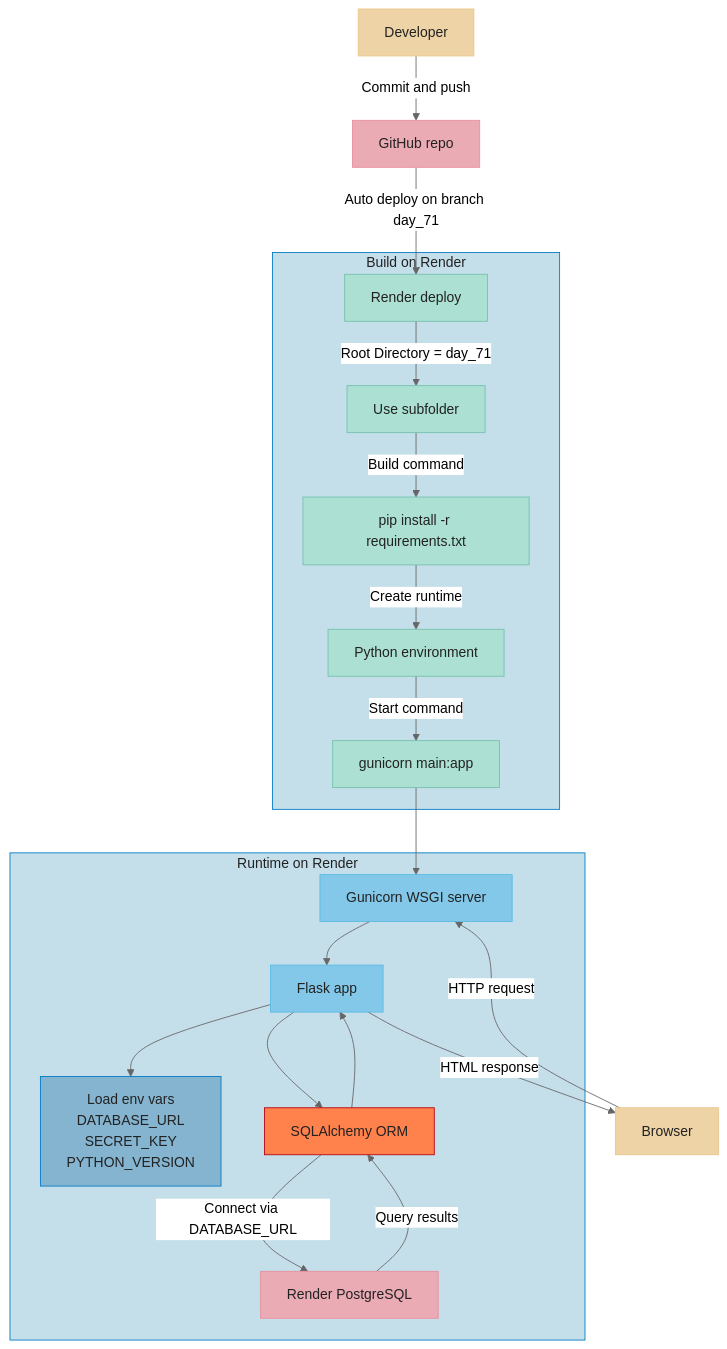
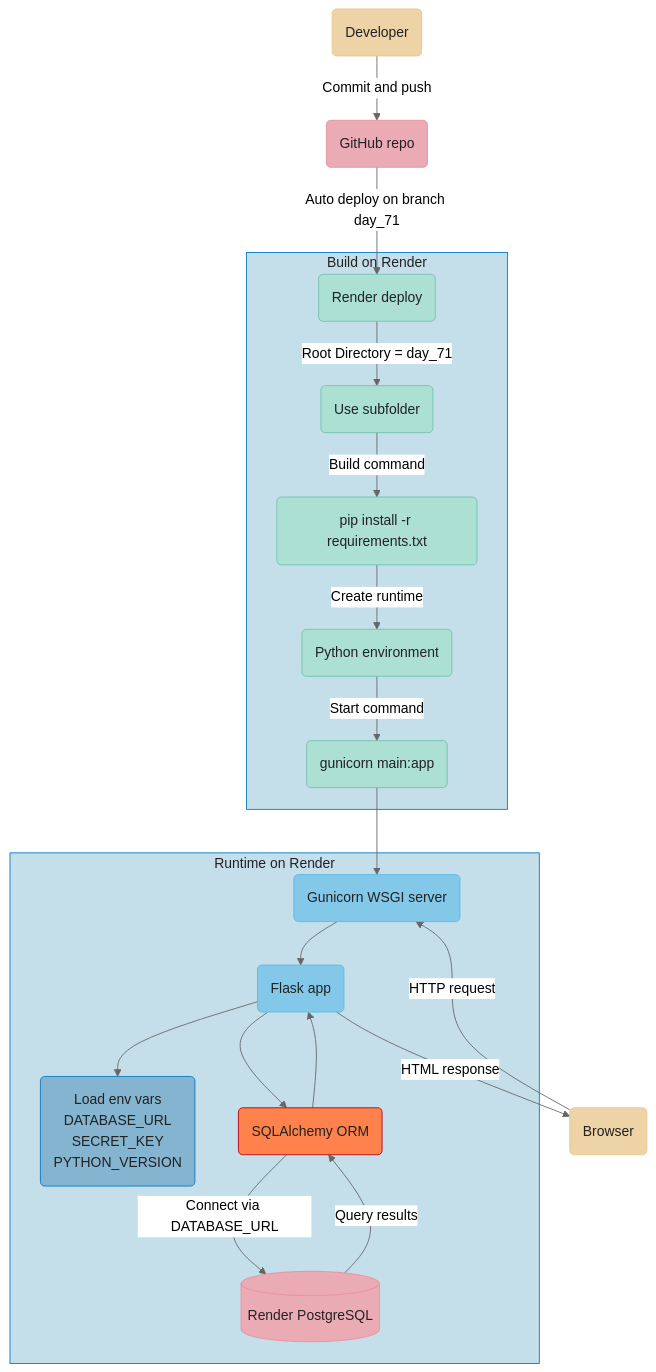
Before and after one commit to Zamir29/100-days-of-Python: the diagram in daily_logs/day_71.md, drawn with Mermaid (neutral theme).

Commit message:
(day_71): rounded corners in the mermaid flowchart

````diff
--- a/daily_logs/day_71.md
+++ b/daily_logs/day_71.md
@@ -94,43 +94,43 @@
 ```mermaid
 graph TD;
-    Dev[Developer] -->|Commit and push| GitHub[GitHub repo];
-    GitHub -->|Auto deploy on branch day_71| RenderDeploy[Render deploy];
+    Dev(Developer) -->|Commit and push| GitHub(GitHub repo);
+    GitHub -->|Auto deploy on branch day_71| RenderDeploy(Render deploy);
 
     subgraph BuildPhase["Build on Render"]
-        RenderDeploy -->|Root Directory = day_71| RootDir[Use subfolder];
-        RootDir -->|Build command| BuildCmd[pip install -r requirements.txt];
-        BuildCmd -->|Create runtime| PyEnv[Python environment];
-        PyEnv -->|Start command| StartCmd[gunicorn main:app];
+        RenderDeploy -->|Root Directory = day_71| RootDir(Use subfolder);
+        RootDir -->|Build command| BuildCmd(pip install -r requirements.txt);
+        BuildCmd -->|Create runtime| PyEnv(Python environment);
+        PyEnv -->|Start command| StartCmd(gunicorn main:app);
     end
 
     subgraph RuntimePhase["Runtime on Render"]
-        StartCmd --> Gunicorn[Gunicorn WSGI server];
-        Gunicorn --> FlaskApp[Flask app];
-        FlaskApp --> Env[Load env vars<br/>DATABASE_URL<br/>SECRET_KEY<br/>PYTHON_VERSION];
-        FlaskApp --> ORM[SQLAlchemy ORM];
-        ORM -->|Connect via DATABASE_URL| Postgres[Render PostgreSQL];
+        StartCmd --> Gunicorn(Gunicorn WSGI server);
+        Gunicorn --> FlaskApp(Flask app);
+        FlaskApp --> Env(Load env vars<br/>DATABASE_URL<br/>SECRET_KEY<br/>PYTHON_VERSION);
+        FlaskApp --> ORM(SQLAlchemy ORM);
+        ORM -->|Connect via DATABASE_URL| Postgres[(Render PostgreSQL)];
     end
 
-    User[Browser] -->|HTTP request| Gunicorn;
+    User(Browser) -->|HTTP request| Gunicorn;
     Postgres -->|Query results| ORM;
     ORM --> FlaskApp;
     FlaskApp -->|HTML response| User;
 
     %% -- Color Style --
     classDef beige fill:#EDD3A6,stroke:#EAC78B,color:#222;
     classDef pink fill:#EBABB5,stroke:#E88F9D,color:#222;
     classDef mint fill:#ABE0D2,stroke:#74C1AD,color:#222;
     classDef blue fill:#83C8E8,stroke:#59BAE6,color:#222;
     classDef deepblue fill:#85B4D0,stroke:#007AC4,color:#222;
     classDef red fill:#FF814B,stroke:#B6000F,color:#222;
     classDef bluelight fill:#c4deea,stroke:#007AC4,color:#222;
 
     class Dev,User beige;
     class GitHub pink;
     class RenderDeploy,RootDir,BuildCmd,PyEnv,StartCmd mint;
     class Gunicorn,FlaskApp blue;
     class Env deepblue;
     class ORM red;
     class Postgres pink;
     class BuildPhase,RuntimePhase bluelight;
 ```
````
